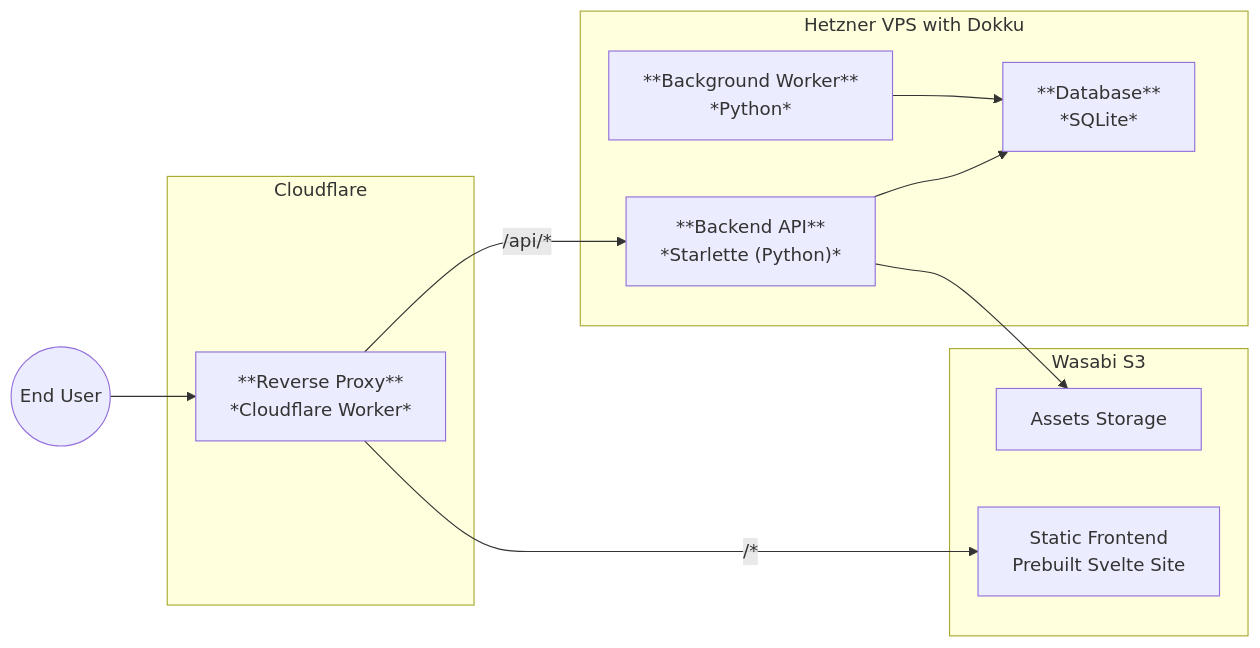
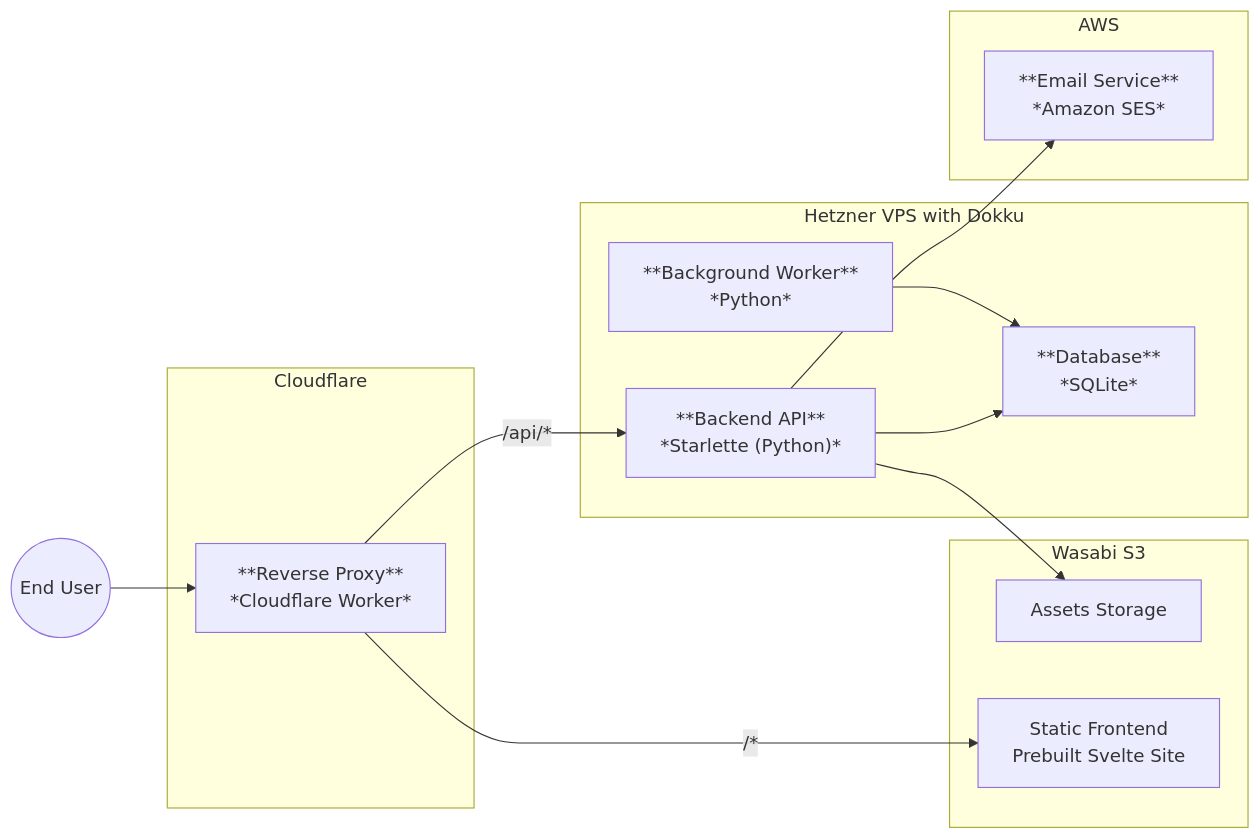
One commit to MarioKartCentral/MarioKartCentral changed the third of 3 diagrams in docs/architecture.md. Above: the diagram before and after it, drawn with Mermaid. The commit also changed other lines of this file and 14 other files, not shown here.

Commit message:
AWS SES support

````diff
--- a/docs/architecture.md
+++ b/docs/architecture.md
@@ -130,26 +141,31 @@
 ```mermaid
 flowchart LR
     User(("End User"))
     
     subgraph "Cloudflare"
         Worker["**Reverse Proxy**<br>*Cloudflare Worker*"]
     end
     
     subgraph "Hetzner VPS with Dokku"
         Backend["**Backend API**<br>*Starlette (Python)*"]
         DB["**Database**<br>*SQLite*"]
         BGWorker["**Background Worker**<br>*Python*"]
     end
     
     subgraph "Wasabi S3"
         Assets["Assets Storage"]
         StaticSite["Static Frontend<br/>Prebuilt Svelte Site"]
     end
+    
+    subgraph "AWS"
+        SES["**Email Service**<br>*Amazon SES*"]
+    end
 
     User --> Worker
     Worker -->|"/api/*"| Backend
     Worker -->|"/*"| StaticSite
     Backend --> DB
     Backend --> Assets
+    Backend --> SES
     BGWorker --> DB
 ```
````
